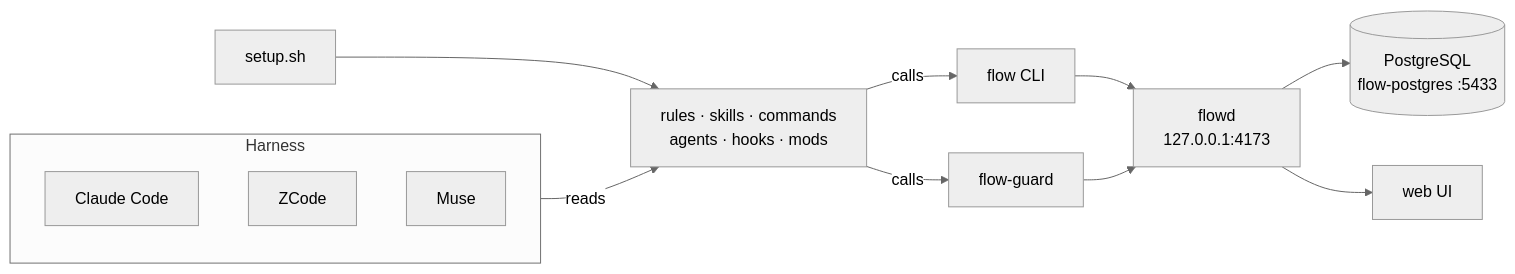
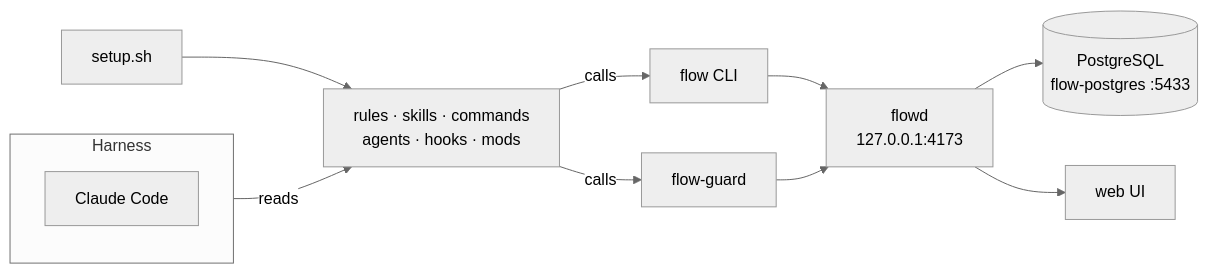
Before and after one commit to tweety53/agents: the first of 2 diagrams in README.md, drawn with Mermaid (neutral theme). The commit also changed other lines of this file and 1 other file, not shown here.

Commit message:
docs: drop ZCode and Muse from the READMEs

````diff
--- a/README.md
+++ b/README.md
@@ -29,16 +29,14 @@
 ```mermaid
 flowchart LR
     subgraph H ["Harness"]
         cc["Claude Code"]
-        zc["ZCode"]
-        mu["Muse"]
     end
     setup["setup.sh"] --> inst["rules · skills · commands<br/>agents · hooks · mods"]
     H -- reads --> inst
     inst -- calls --> cli["flow CLI"]
     inst -- calls --> fg["flow-guard"]
     cli --> flowd["flowd<br/>127.0.0.1:4173"]
     fg --> flowd
     flowd --> pg[("PostgreSQL<br/>flow-postgres :5433")]
     flowd --> ui["web UI"]
 ```
````
